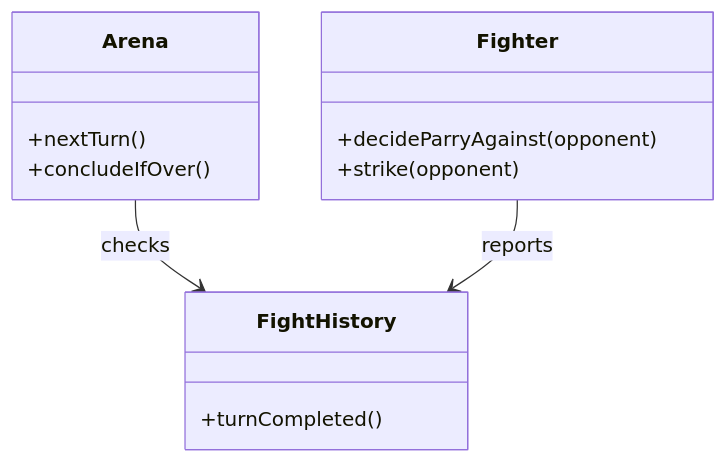
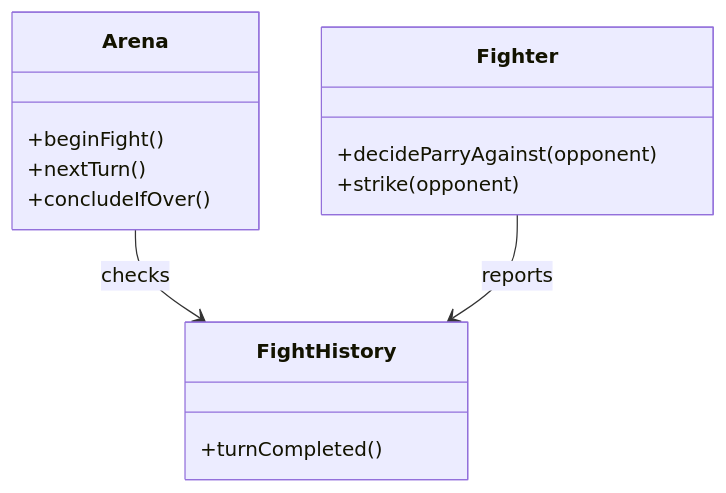
The diagram in plan.md (vzurauskas/copilot-test-duel-scripts-3), drawn with Mermaid before and after one commit. The commit also changed other lines of this file, not shown here.

````diff
--- a/plan.md
+++ b/plan.md
@@ -17,17 +17,18 @@
 ```mermaid
 %% minimal, only the pieces touched this iteration
 classDiagram
   class Arena {
+    +beginFight()
     +nextTurn()
     +concludeIfOver()
   }
   class FightHistory {
     +turnCompleted()
   }
   class Fighter {
     +decideParryAgainst(opponent)
     +strike(opponent)
   }
   Arena --> FightHistory : checks
   Fighter --> FightHistory : reports
 ```
````
